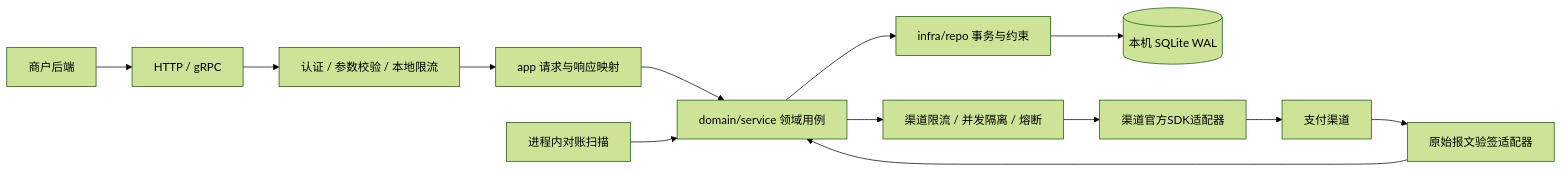
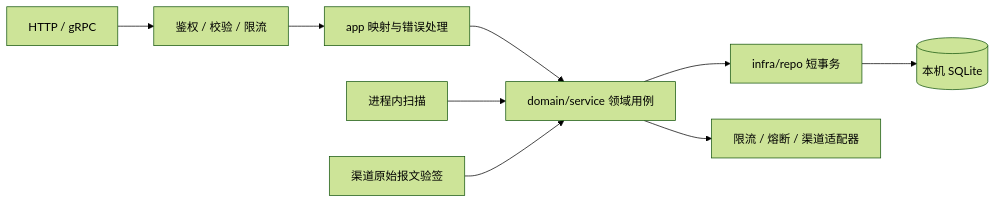
One commit to fino-io/orderpay changed the first of 2 diagrams in docs/architecture.md. Above: the diagram before and after it, drawn with Mermaid (forest theme). The commit also changed other lines of this file and 6 other files, not shown here.

````diff
--- a/docs/architecture.md
+++ b/docs/architecture.md
@@ -13,15 +11,11 @@
 ```mermaid
 flowchart LR
-    Merchant[商户后端] --> Transport[HTTP / gRPC]
-    Transport --> Middleware[认证 / 参数校验 / 本地限流]
-    Middleware --> App[app 请求与响应映射]
+    API[HTTP / gRPC] --> Auth[鉴权 / 校验 / 限流]
+    Auth --> App[app 映射与错误处理]
     App --> Domain[domain/service 领域用例]
-    Domain --> Repo[infra/repo 事务与约束]
-    Repo --> DB[(本机 SQLite WAL)]
-    Cron[进程内对账扫描] --> Domain
-    Domain --> Guard[渠道限流 / 并发隔离 / 熔断]
-    Guard --> Adapter[渠道官方SDK适配器]
-    Adapter --> Provider[支付渠道]
-    Provider --> Callback[原始报文验签适配器]
-    Callback --> Domain
+    Scan[进程内扫描] --> Domain
+    Callback[渠道原始报文验签] --> Domain
+    Domain --> Repo[infra/repo 短事务]
+    Repo --> DB[(本机 SQLite)]
+    Domain --> Channel[限流 / 熔断 / 渠道适配器]
 ```
````
